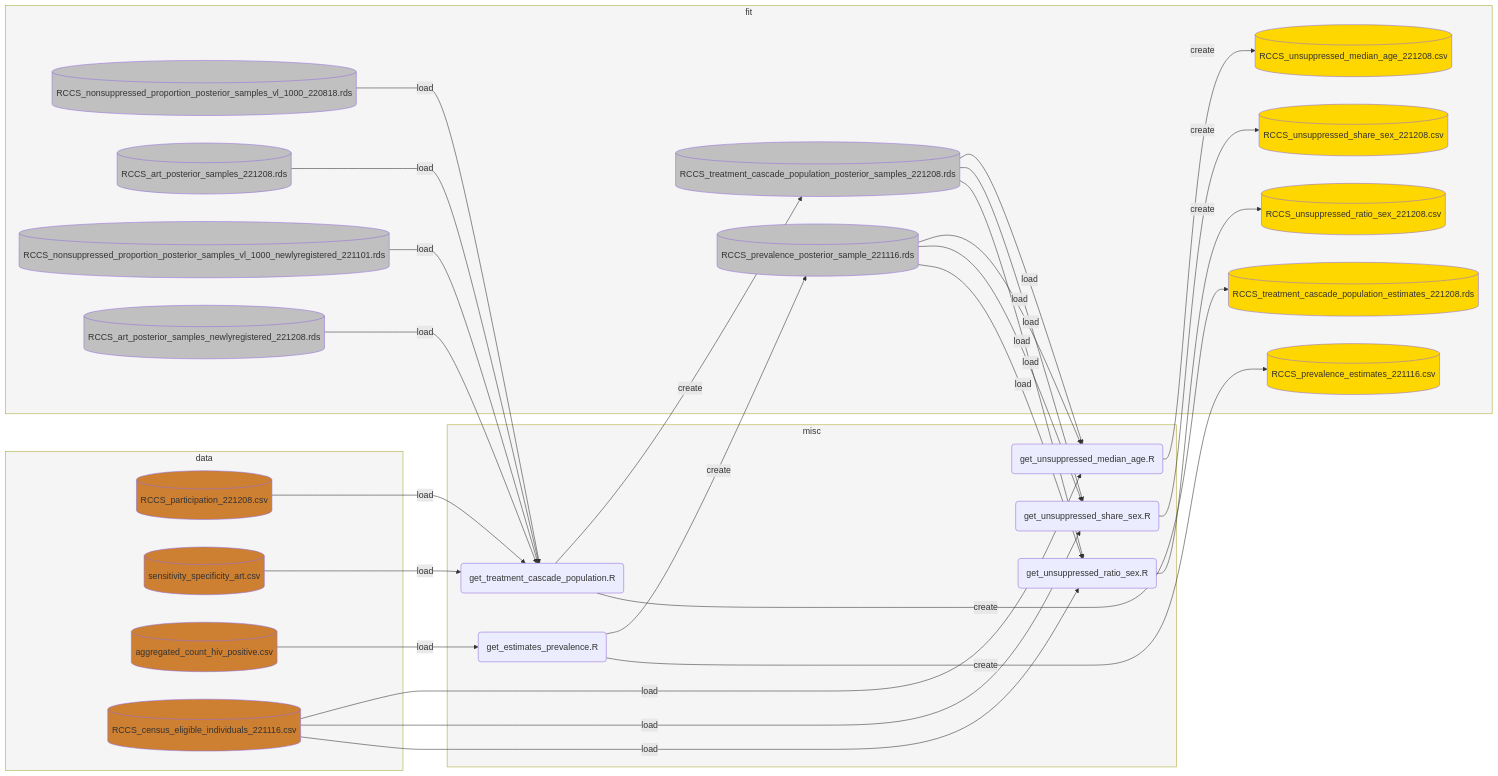
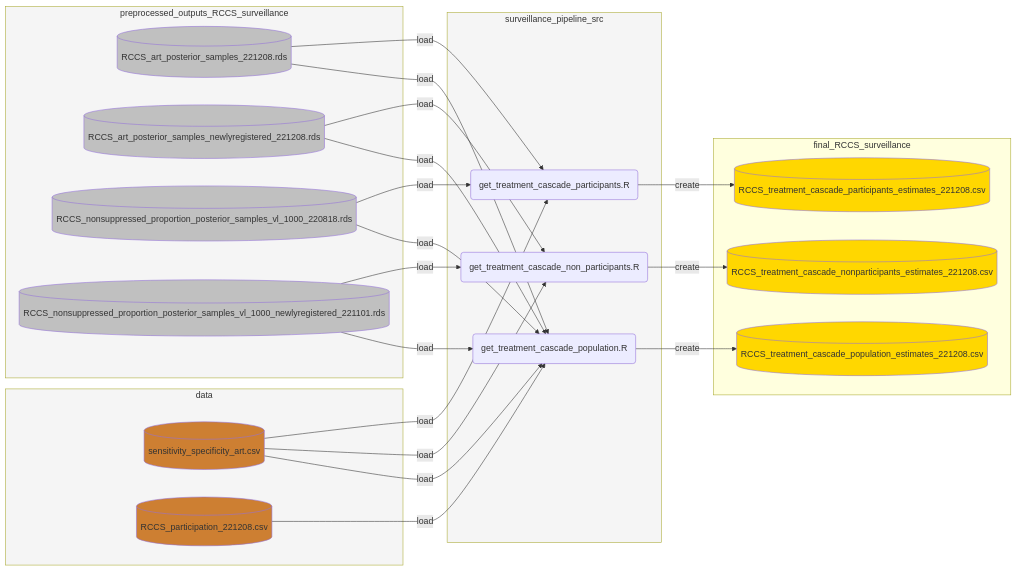
One commit to MLGlobalHealth/phyloSI-RakaiAgeGender changed the second of 3 diagrams in docs/README.md. Above: the diagram before and after it, drawn with Mermaid. The commit also changed other lines of this file and 3 other files, not shown here.

Commit message:
[update] code clean up, update flowchart, debug

````diff
--- a/docs/README.md
+++ b/docs/README.md
@@ -80,85 +69,59 @@
 ```mermaid
   flowchart LR
     subgraph data
+      d3[(sensitivity_specificity_art.csv)]
       d1[(RCCS_participation_221208.csv)]
-      d2[(sensitivity_specificity_art.csv)]
-      d3[(aggregated_count_hiv_positive.csv)]
-      d4[(RCCS_census_eligible_individuals_221116.csv)]
     end
     style d1 fill:#CD7F32
-    style d2 fill:#CD7F32
     style d3 fill:#CD7F32
-    style d4 fill:#CD7F32
     style data fill:#F5F5F5
 
-    subgraph misc
-      r1(get_treatment_cascade_population.R)
-      r2(get_estimates_prevalence.R)
-      
-      r3(get_unsuppressed_median_age.R)
-      r4(get_unsuppressed_share_sex.R)
-      r5(get_unsuppressed_ratio_sex.R)
+    subgraph surveillance_pipeline_src
+      r_part(get_treatment_cascade_participants.R)
+      r_npart(get_treatment_cascade_non_participants.R)
+      r_pop(get_treatment_cascade_population.R)
     end
-    style misc fill:#F5F5F5
+    style surveillance_pipeline_src fill:#F5F5F5
 
-    subgraph fit
-      f1[(RCCS_nonsuppressed_proportion_posterior_samples_vl_1000_220818.rds)]
-      f2[(RCCS_art_posterior_samples_221208.rds)]
-      f3[(RCCS_nonsuppressed_proportion_posterior_samples_vl_1000_newlyregistered_221101.rds)]
-      f4[(RCCS_art_posterior_samples_newlyregistered_221208.rds)]
+    subgraph preprocessed_outputs_RCCS_surveillance
+      f_art_post[(RCCS_art_posterior_samples_221208.rds)]
+      f_art_post_new[(RCCS_art_posterior_samples_newlyregistered_221208.rds)]
+      f_nsup_prop_post[(RCCS_nonsuppressed_proportion_posterior_samples_vl_1000_220818.rds)]
+      f_nsup_prop_post_new[(RCCS_nonsuppressed_proportion_posterior_samples_vl_1000_newlyregistered_221101.rds)]
+    end
+    
+    subgraph final_RCCS_surveillance
+      f_part_est[(RCCS_treatment_cascade_participants_estimates_221208.csv)]
+      f_npart_est[(RCCS_treatment_cascade_nonparticipants_estimates_221208.csv)]
+      f_pop_est[(RCCS_treatment_cascade_population_estimates_221208.csv)]
+    end
 
-      f5[(RCCS_treatment_cascade_population_posterior_samples_221208.rds)]
-      f6[(RCCS_treatment_cascade_population_estimates_221208.rds)]
+    style f_nsup_prop_post fill:#C0C0C0
+    style f_art_post fill:#C0C0C0
+    style f_nsup_prop_post_new fill:#C0C0C0
+    style f_art_post_new fill:#C0C0C0
 
-      f7[(RCCS_prevalence_posterior_sample_221116.rds)]
-      f8[(RCCS_prevalence_estimates_221116.csv)]
-      
-      f9[(RCCS_unsuppressed_median_age_221208.csv)]
-      f10[(RCCS_unsuppressed_share_sex_221208.csv)]
-      f11[(RCCS_unsuppressed_ratio_sex_221208.csv)]
-    end
-    style f1 fill:#C0C0C0
-    style f2 fill:#C0C0C0
-    style f3 fill:#C0C0C0
-    style f4 fill:#C0C0C0
+    style f_pop_est fill:#FFD700
+    style f_part_est fill:#FFD700
+    style f_npart_est fill:#FFD700
+    
+    style preprocessed_outputs_RCCS_surveillance fill:#F5F5F5
 
-    style f5 fill:#C0C0C0
-    style f6 fill:#FFD700
+    f_art_post -- load --> r_part
+    f_nsup_prop_post -- load --> r_part
+    d3 -- load --> r_part
+    r_part -- create --> f_part_est
 
-    style f7 fill:#C0C0C0
-    style f8 fill:#FFD700
+    f_art_post_new -- load --> r_npart
+    f_nsup_prop_post_new -- load --> r_npart
+    d3 -- load --> r_npart
+    r_npart -- create --> f_npart_est
 
-    style f9 fill:#FFD700
-    style f10 fill:#FFD700
-    style f11 fill:#FFD700
-    
-    style fit fill:#F5F5F5
-
-    d1 -- load --> r1
-    d2 -- load --> r1
-    f1 -- load --> r1
-    f2 -- load --> r1
-    f3 -- load --> r1
-    f4 -- load --> r1
-    r1 -- create --> f5
-    r1 -- create ----> f6
-
-    d3 -- load --> r2
-    r2 -- create --> f7
-    r2 -- create ----> f8
-
-    d4 -- load --> r3
-    f5 -- load --> r3
-    f7 -- load --> r3
-    r3 -- create --> f9
-
-    d4 -- load --> r4
-    f5 -- load --> r4
-    f7 -- load --> r4
-    r4 -- create --> f10
-
-    d4 -- load --> r5
-    f5 -- load --> r5
-    f7 -- load --> r5
-    r5 -- create --> f11
+    d1 -- load --> r_pop
+    f_art_post -- load --> r_pop
+    f_nsup_prop_post -- load --> r_pop
+    f_art_post_new -- load --> r_pop
+    f_nsup_prop_post_new -- load --> r_pop
+    d3 -- load --> r_pop
+    r_pop -- create --> f_pop_est
 ```
````
